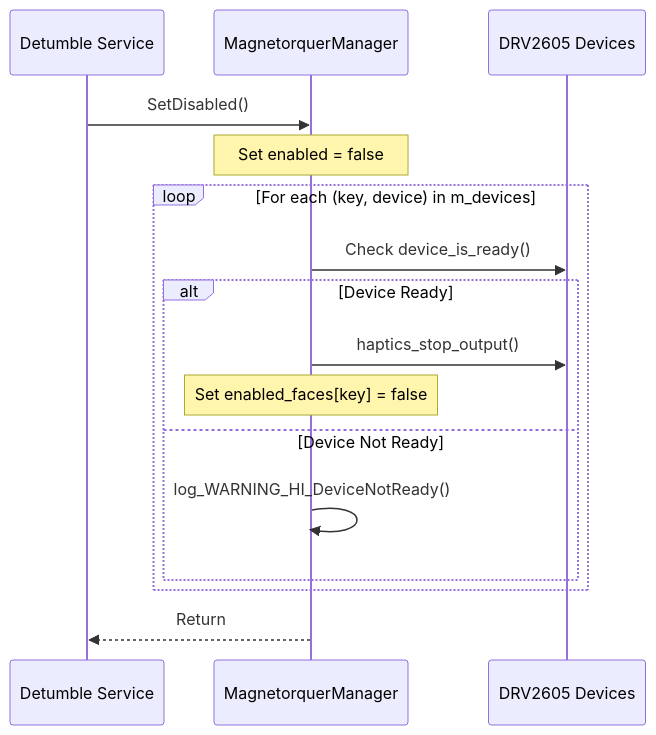
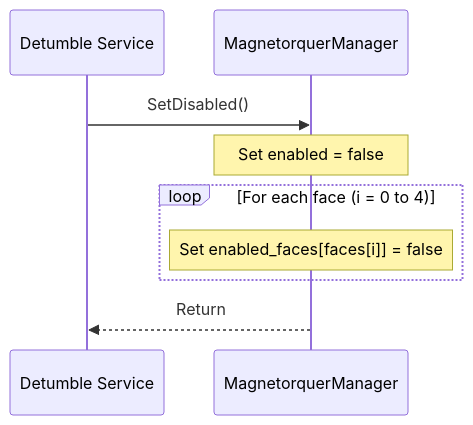
The fifth of 5 diagrams in FprimeZephyrReference/Components/MagnetorquerManager/docs/sdd.md (Open-Source-Space-Foundation/proves-core-reference), drawn with Mermaid before and after one commit. The commit also changed other lines of this file and 1 other file, not shown here.

````diff
--- a/FprimeZephyrReference/Components/MagnetorquerManager/docs/sdd.md
+++ b/FprimeZephyrReference/Components/MagnetorquerManager/docs/sdd.md
@@ -112,19 +134,12 @@
 ```mermaid
 sequenceDiagram
     participant DS as Detumble Service
     participant MM as MagnetorquerManager
-    participant DRV as DRV2605 Devices
 
     DS->>MM: SetDisabled()
     Note over MM: Set enabled = false
-    loop For each (key, device) in m_devices
-        MM->>DRV: Check device_is_ready()
-        alt Device Ready
-            MM->>DRV: haptics_stop_output()
-            Note over MM: Set enabled_faces[key] = false
-        else Device Not Ready
-            MM->>MM: log_WARNING_HI_DeviceNotReady()
-        end
+    loop For each face (i = 0 to 4)
+        Note over MM: Set enabled_faces[faces[i]] = false
     end
     MM-->>DS: Return
 ```
````
